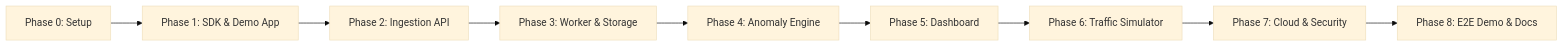
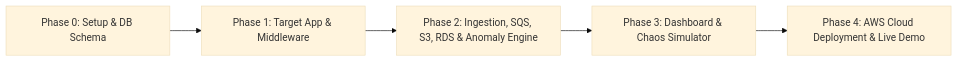
One commit to sankolte/cc_project changed the diagram in phases.md. Above: the diagram before and after it, drawn with Mermaid (base theme). The commit also changed other lines of this file and 27 other files, not shown here.

Commit message:
feat: complete cloud anomaly detection platform (phases 0-4) with tests, dashboard, and simulator

````diff
--- a/phases.md
+++ b/phases.md
@@ -9,11 +8,7 @@
 ```mermaid
 graph LR
-    P0[Phase 0: Setup] --> P1[Phase 1: SDK & Demo App]
-    P1 --> P2[Phase 2: Ingestion API]
-    P2 --> P3[Phase 3: Worker & Storage]
-    P3 --> P4[Phase 4: Anomaly Engine]
-    P4 --> P5[Phase 5: Dashboard]
-    P5 --> P6[Phase 6: Traffic Simulator]
-    P6 --> P7[Phase 7: Cloud & Security]
-    P7 --> P8[Phase 8: E2E Demo & Docs]
+    P0[Phase 0: Setup & DB Schema] --> P1[Phase 1: Target App & Middleware]
+    P1 --> P2[Phase 2: Ingestion, SQS, S3, RDS & Anomaly Engine]
+    P2 --> P3[Phase 3: Dashboard & Chaos Simulator]
+    P3 --> P4[Phase 4: AWS Cloud Deployment & Live Demo]
 ```
````
